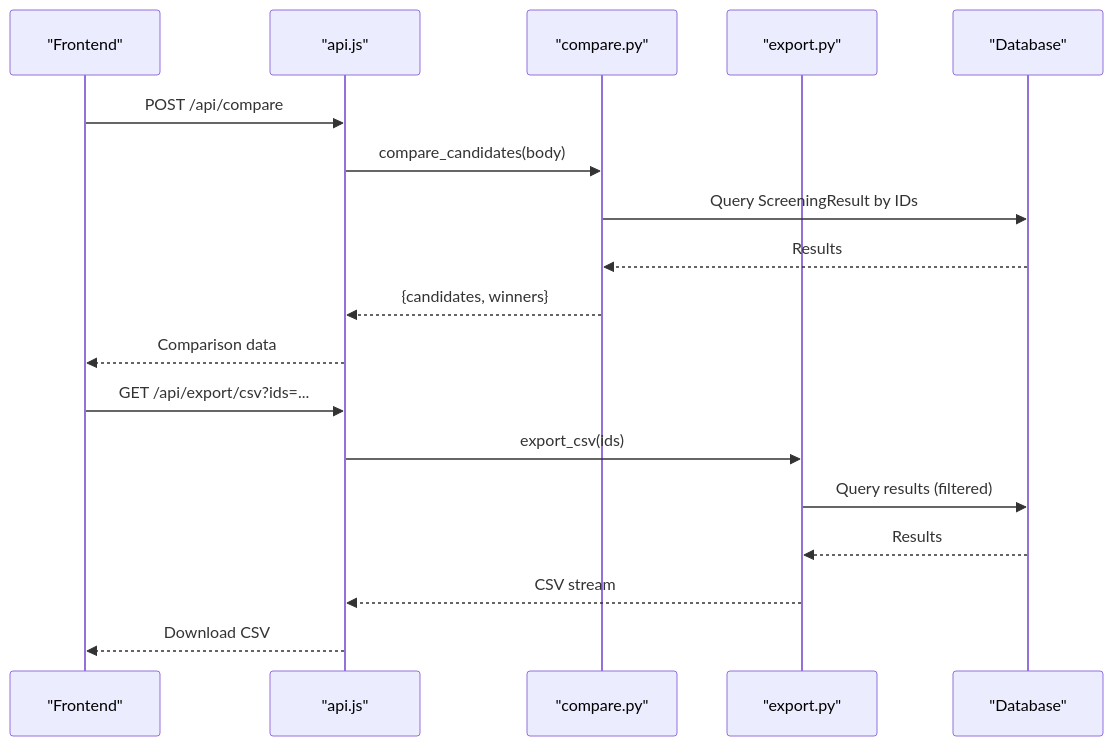
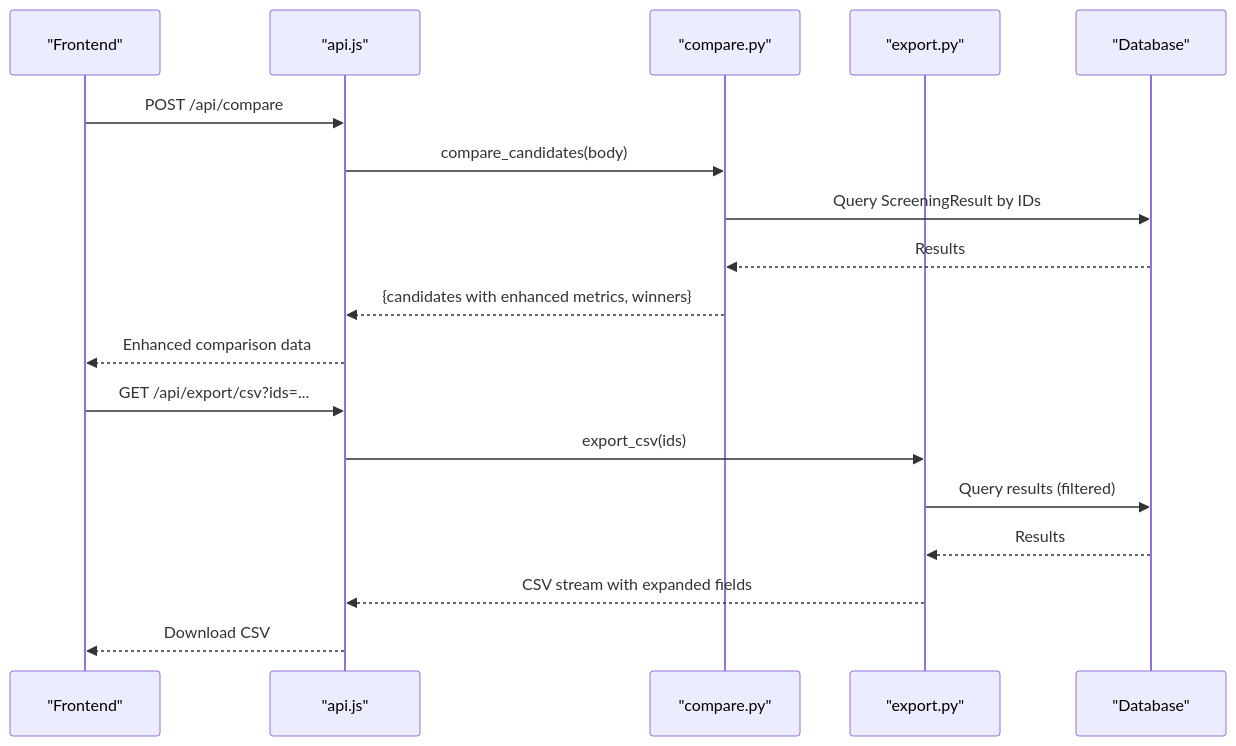
One commit to Revanththetalogics/aireume changed the eighth of 9 diagrams in .qoder/repowiki/en/content/Reporting & Analytics/Comparison & Visualization.md. Above: the diagram before and after it, drawn with Mermaid. The commit also changed other lines of this file and 6 other files, not shown here.

````diff
--- a/.qoder/repowiki/en/content/Reporting & Analytics/Comparison & Visualization.md
+++ b/.qoder/repowiki/en/content/Reporting & Analytics/Comparison & Visualization.md
@@ -281,20 +315,20 @@
 ```mermaid
 sequenceDiagram
 participant FE as "Frontend"
 participant API as "api.js"
 participant CMP as "compare.py"
 participant EXP as "export.py"
 participant DB as "Database"
 FE->>API : POST /api/compare
 API->>CMP : compare_candidates(body)
 CMP->>DB : Query ScreeningResult by IDs
 DB-->>CMP : Results
-CMP-->>API : {candidates, winners}
-API-->>FE : Comparison data
+CMP-->>API : {candidates with enhanced metrics, winners}
+API-->>FE : Enhanced comparison data
 FE->>API : GET /api/export/csv?ids=...
 API->>EXP : export_csv(ids)
 EXP->>DB : Query results (filtered)
 DB-->>EXP : Results
-EXP-->>API : CSV stream
+EXP-->>API : CSV stream with expanded fields
 API-->>FE : Download CSV
 ```
````
